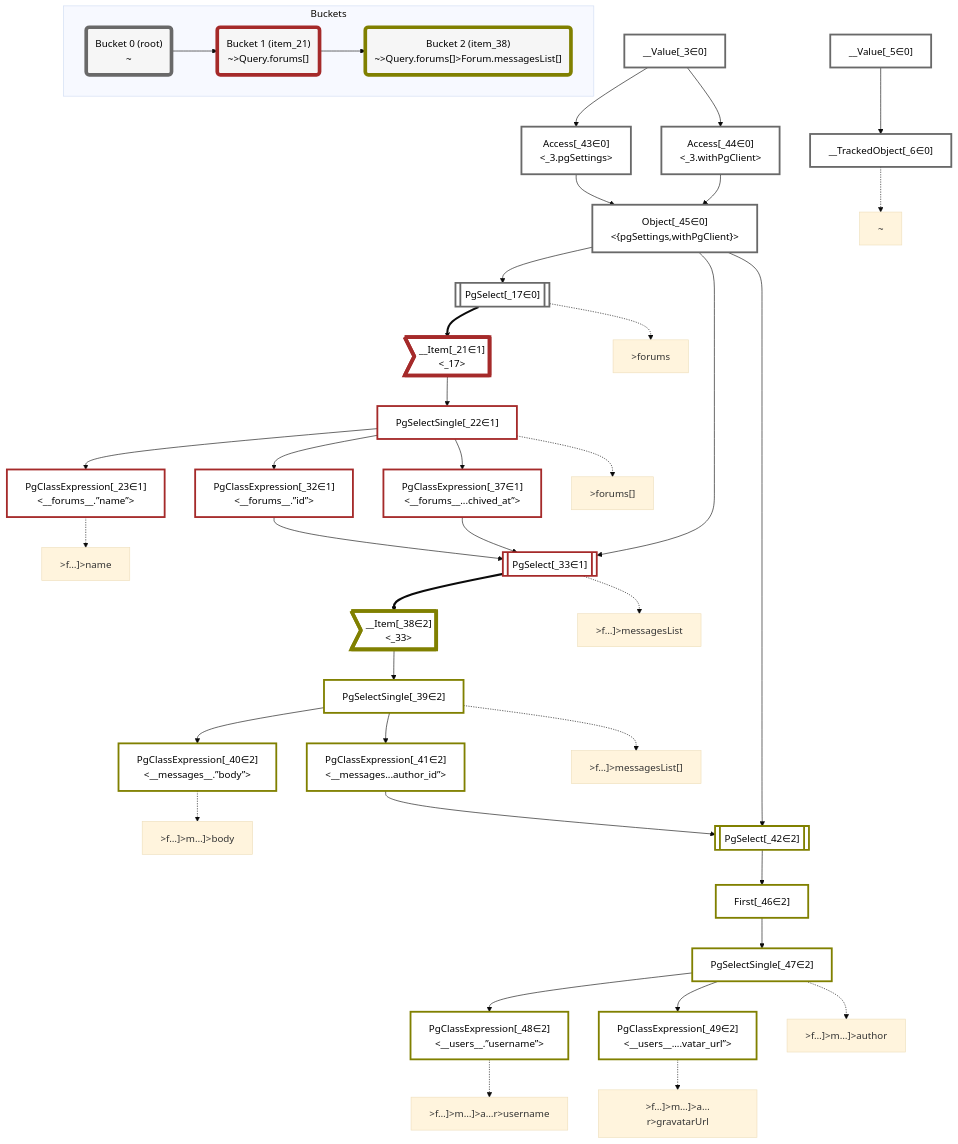
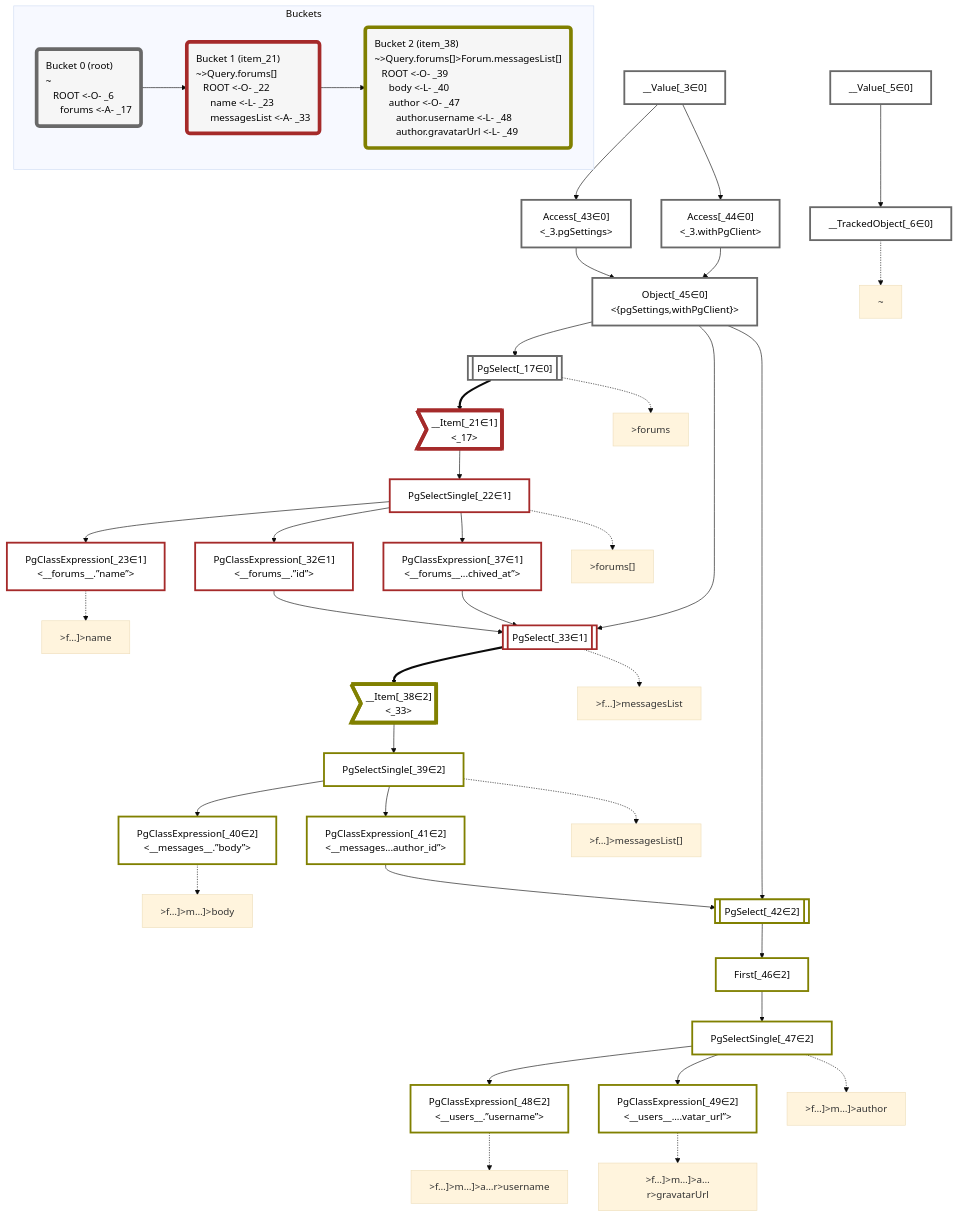
The diagram in packages/dataplan-pg/__tests__/queries/conditions/basics-with-author.deopt.mermaid.md (graphile/crystal), drawn with Mermaid (base theme) before and after one commit. The commit also changed 195 other files, not shown here.

```diff
--- a/packages/dataplan-pg/__tests__/queries/conditions/basics-with-author.deopt.mermaid.md
+++ b/packages/dataplan-pg/__tests__/queries/conditions/basics-with-author.deopt.mermaid.md
@@ -4,7 +4,7 @@
     classDef plan fill:#fff,stroke-width:3px,color:#000
     classDef itemplan fill:#fff,stroke-width:6px,color:#000
     classDef sideeffectplan fill:#f00,stroke-width:6px,color:#000
-    classDef bucket fill:#f6f6f6,color:#000,stroke-width:6px
+    classDef bucket fill:#f6f6f6,color:#000,stroke-width:6px,text-align:left
 
 
     %% define plans
@@ -88,12 +88,12 @@
     class __Item_38,PgSelectSingle_39,PgClassExpression_40,PgClassExpression_41,PgSelect_42,First_46,PgSelectSingle_47,PgClassExpression_48,PgClassExpression_49 bucket2
 
     subgraph Buckets
-    Bucket0("Bucket 0 (root)<br />~"):::bucket
+    Bucket0("Bucket 0 (root)<br />~<br />⠀ROOT <-O- _6<br />⠀⠀forums <-A- _17"):::bucket
     style Bucket0 stroke:#696969
-    Bucket1("Bucket 1 (item_21)<br />~>Query.forums[]"):::bucket
+    Bucket1("Bucket 1 (item_21)<br />~>Query.forums[]<br />⠀ROOT <-O- _22<br />⠀⠀name <-L- _23<br />⠀⠀messagesList <-A- _33"):::bucket
     style Bucket1 stroke:#a52a2a
     Bucket0 --> Bucket1
-    Bucket2("Bucket 2 (item_38)<br />~>Query.forums[]>Forum.messagesList[]"):::bucket
+    Bucket2("Bucket 2 (item_38)<br />~>Query.forums[]>Forum.messagesList[]<br />⠀ROOT <-O- _39<br />⠀⠀body <-L- _40<br />⠀⠀author <-O- _47<br />⠀⠀⠀author.username <-L- _48<br />⠀⠀⠀author.gravatarUrl <-L- _49"):::bucket
     style Bucket2 stroke:#808000
     Bucket1 --> Bucket2
     end
```
